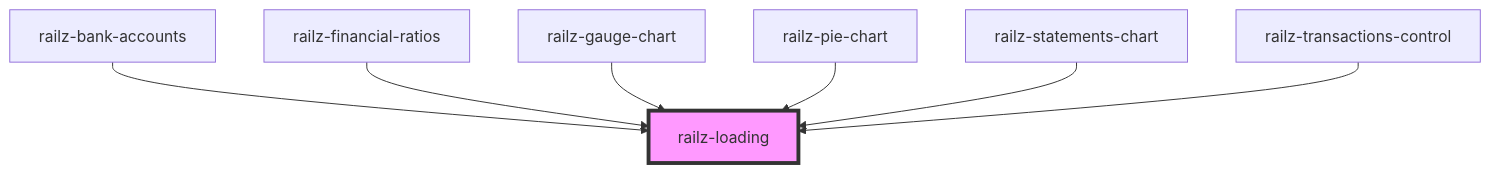
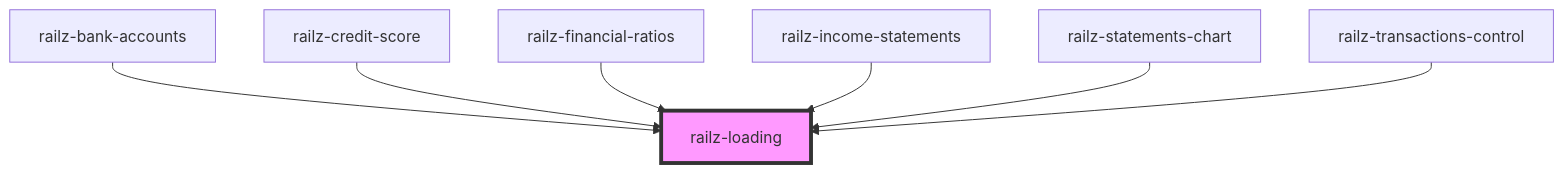
The diagram in packages/components/src/elements/loading/readme.md (railz-ai/railz-visualizations), drawn with Mermaid before and after one commit. The commit also changed other lines of this file and 86 other files, not shown here.

````diff
--- a/packages/components/src/elements/loading/readme.md
+++ b/packages/components/src/elements/loading/readme.md
@@ -28,10 +28,10 @@
 ```mermaid
 graph TD;
   railz-bank-accounts --> railz-loading
+  railz-credit-score --> railz-loading
   railz-financial-ratios --> railz-loading
-  railz-gauge-chart --> railz-loading
-  railz-pie-chart --> railz-loading
+  railz-income-statements --> railz-loading
   railz-statements-chart --> railz-loading
   railz-transactions-control --> railz-loading
   style railz-loading fill:#f9f,stroke:#333,stroke-width:4px
 ```
````
